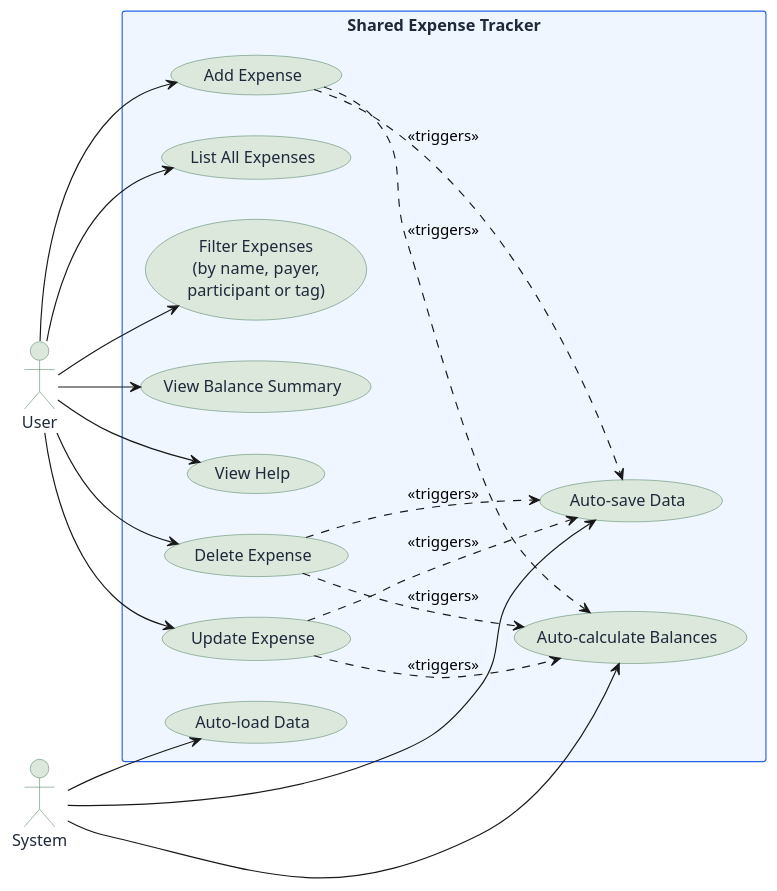
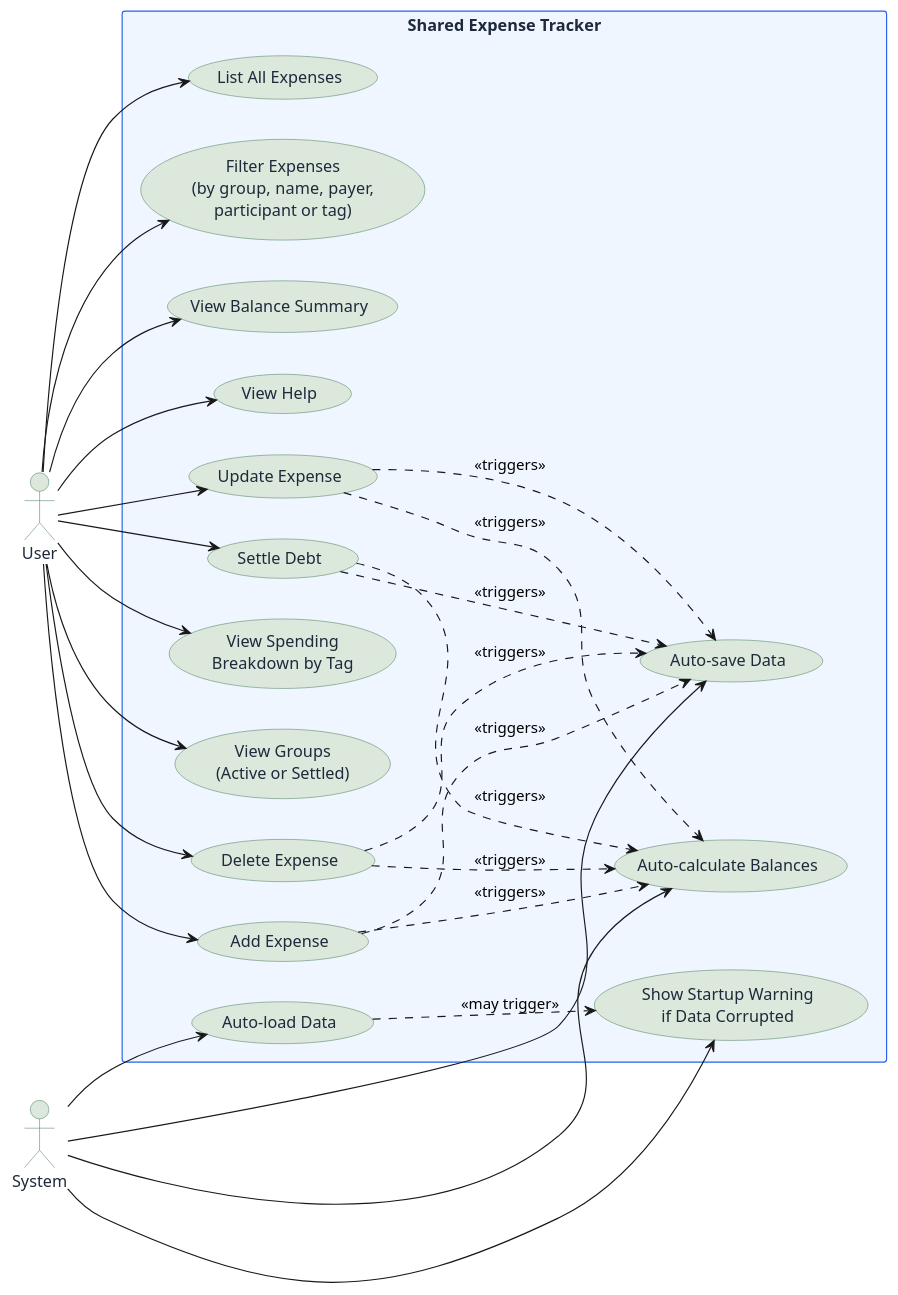
The diagram in docs/architecture/puml/UseCaseDiagram.puml (IV-pratibha-0912/tp), drawn with PlantUML before and after one commit. The commit also changed 5 other files, not shown here.

Commit message:
Update diagrams

```diff
--- a/docs/architecture/puml/UseCaseDiagram.puml
+++ b/docs/architecture/puml/UseCaseDiagram.puml
@@ -1,60 +1,71 @@
 @startuml
 
 skinparam backgroundColor white
 skinparam defaultFontName Arial
 left to right direction
 
 skinparam usecase {
     BackgroundColor #DDE8DC
     BorderColor #5A8A6A
     FontColor #1E293B
 }
 
 skinparam actor {
     BackgroundColor #DDE8DC
     BorderColor #5A8A6A
     FontColor #1E293B
 }
 
 skinparam rectangle {
     BackgroundColor #EFF6FF
     BorderColor #2563EB
     FontColor #1E293B
 }
 
 actor User as U
 actor System as S
 
 rectangle "Shared Expense Tracker" {
     usecase "Add Expense" as UC1
     usecase "Delete Expense" as UC2
     usecase "List All Expenses" as UC3
-    usecase "Filter Expenses\n(by name, payer,\nparticipant or tag)" as UC4
+    usecase "Filter Expenses\n(by group, name, payer,\nparticipant or tag)" as UC4
     usecase "View Balance Summary" as UC5
     usecase "View Help" as UC6
-    usecase "Auto-calculate Balances" as UC7
-    usecase "Auto-save Data" as UC8
-    usecase "Auto-load Data" as UC9
-    usecase "Update Expense" as UC_UPDATE
+    usecase "Update Expense" as UC7
+    usecase "Settle Debt" as UC8
+    usecase "View Spending\nBreakdown by Tag" as UC9
+    usecase "View Groups\n(Active or Settled)" as UC10
+    usecase "Auto-calculate Balances" as UC_CALC
+    usecase "Auto-save Data" as UC_SAVE
+    usecase "Auto-load Data" as UC_LOAD
+    usecase "Show Startup Warning\nif Data Corrupted" as UC_WARN
 }
 
 U --> UC1
 U --> UC2
 U --> UC3
 U --> UC4
 U --> UC5
 U --> UC6
-U --> UC_UPDATE
+U --> UC7
+U --> UC8
+U --> UC9
+U --> UC10
 
-S --> UC7
-S --> UC8
-S --> UC9
+S --> UC_CALC
+S --> UC_SAVE
+S --> UC_LOAD
+S --> UC_WARN
 
-UC1 .down.> UC7 : <<triggers>>
-UC1 .down.> UC8 : <<triggers>>
-UC2 .down.> UC7 : <<triggers>>
-UC2 .down.> UC8 : <<triggers>>
-UC_UPDATE .down.> UC7 : <<triggers>>
-UC_UPDATE .down.> UC8 : <<triggers>>
+UC1 .down.> UC_CALC : <<triggers>>
+UC1 .down.> UC_SAVE : <<triggers>>
+UC2 .down.> UC_CALC : <<triggers>>
+UC2 .down.> UC_SAVE : <<triggers>>
+UC7 .down.> UC_CALC : <<triggers>>
+UC7 .down.> UC_SAVE : <<triggers>>
+UC8 .down.> UC_CALC : <<triggers>>
+UC8 .down.> UC_SAVE : <<triggers>>
+UC_LOAD .down.> UC_WARN : <<may trigger>>
 
 @enduml
```
